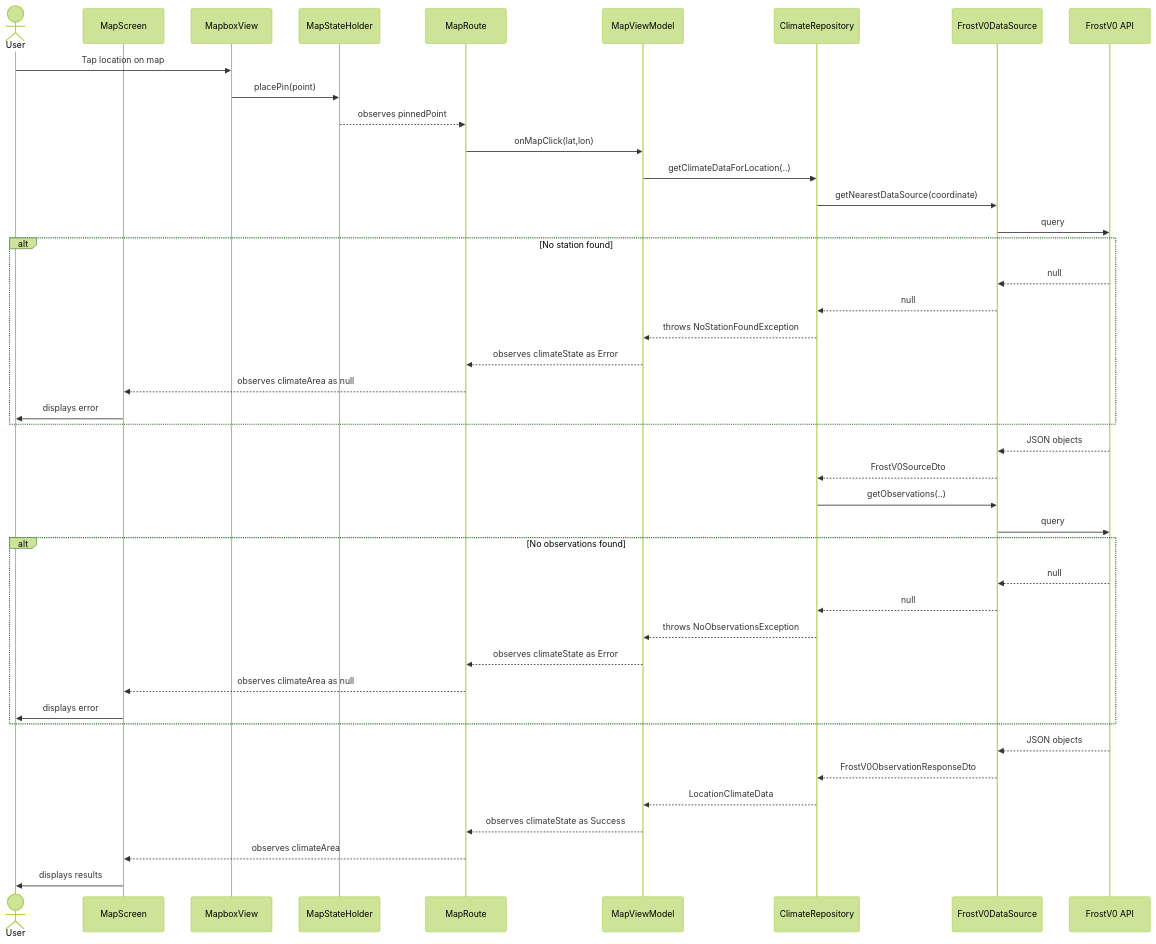
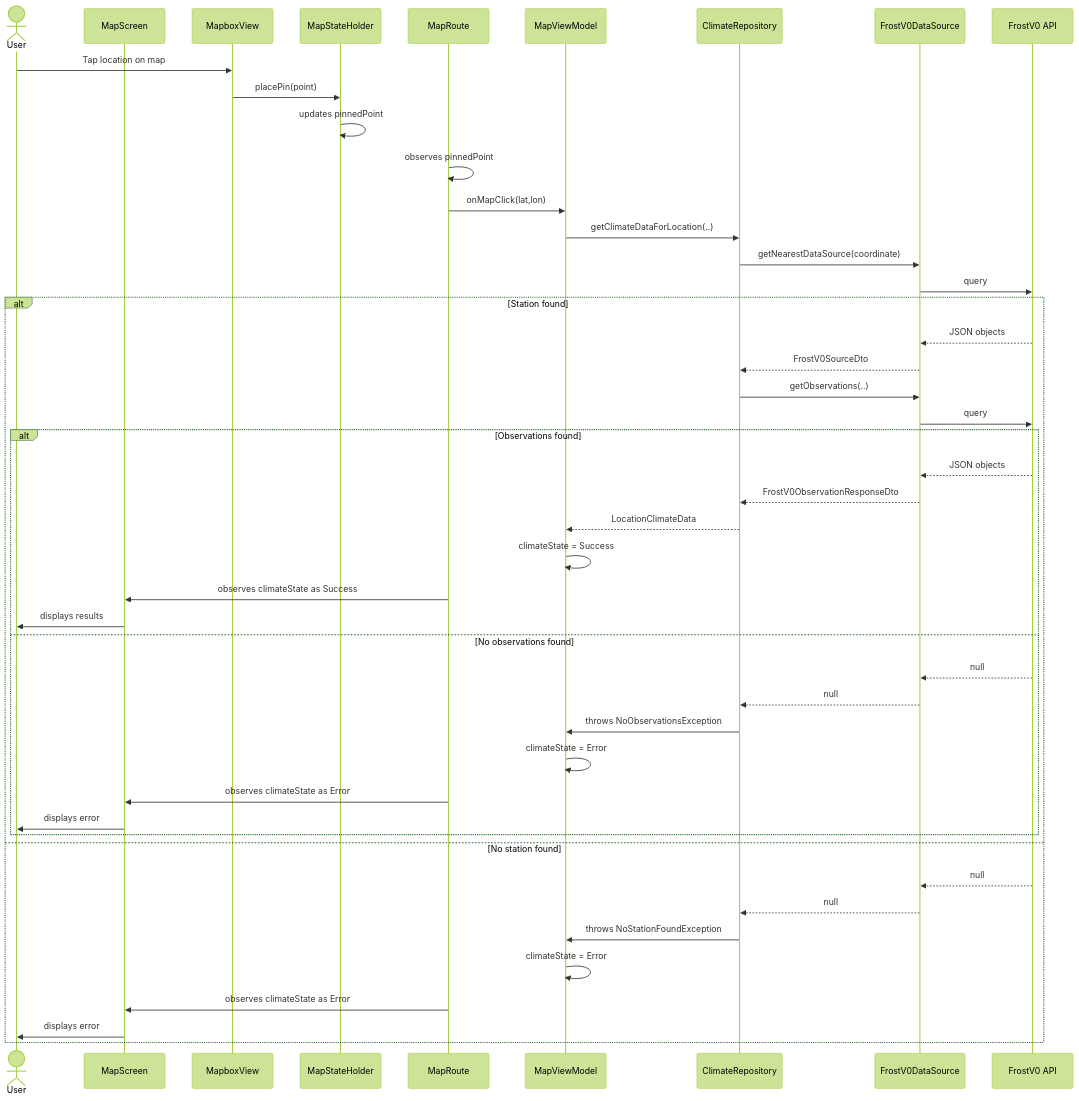
Before and after one commit to ajgrow/snowsense: the second of 7 diagrams in MODELING.md, drawn with Mermaid (forest theme). The commit also changed other lines of this file, not shown here.

````diff
--- a/MODELING.md
+++ b/MODELING.md
@@ -245,51 +240,55 @@
 ```mermaid
 sequenceDiagram
+
 actor User
 
 participant MS as MapScreen
 participant MV as MapboxView
 participant MSH as MapStateHolder
 participant MR as MapRoute
 participant MVM as MapViewModel
 participant CR as ClimateRepository
 participant FDS as FrostV0DataSource
 participant FAPI as FrostV0 API
 
 User ->> MV: Tap location on map
 MV ->> MSH: placePin(point)
-MSH -->> MR: observes pinnedPoint
+MSH ->> MSH: updates pinnedPoint
+MR ->> MR: observes pinnedPoint
 MR ->> MVM: onMapClick(lat,lon)
 MVM ->> CR: getClimateDataForLocation(..)
 CR ->> FDS: getNearestDataSource(coordinate)
 FDS ->> FAPI: query
 
-alt No station found
+alt Station found
+    FAPI-->>FDS: JSON objects
+    FDS-->>CR: FrostV0SourceDto
+    CR->>FDS: getObservations(..)
+    FDS->>FAPI: query
+
+    alt Observations found
+        FAPI-->>FDS: JSON objects
+        FDS-->>CR: FrostV0ObservationResponseDto
+        CR-->>MVM: LocationClimateData
+        MVM->>MVM: climateState = Success
+        MR->>MS: observes climateState as Success
+        MS->>User: displays results
+
+    else No observations found
+        FAPI-->>FDS: null
+        FDS-->>CR: null
+        CR->>MVM: throws NoObservationsException
+        MVM->>MVM: climateState = Error
+        MR->>MS: observes climateState as Error
+        MS->>User: displays error
+    end
+
+else No station found
     FAPI-->>FDS: null
     FDS-->>CR: null
-    CR-->>MVM: throws NoStationFoundException
-    MVM-->>MR: observes climateState as Error
-    MR-->>MS: observes climateArea as null
+    CR->>MVM: throws NoStationFoundException
+    MVM->>MVM: climateState = Error
+    MR->>MS: observes climateState as Error
     MS->>User: displays error
 end
-
-FAPI-->>FDS: JSON objects
-FDS-->>CR: FrostV0SourceDto
-CR->>FDS: getObservations(..)
-FDS->>FAPI: query
-
-alt No observations found
-    FAPI-->>FDS: null
-    FDS-->>CR: null
-    CR-->>MVM: throws NoObservationsException
-    MVM-->>MR: observes climateState as Error
-    MR-->>MS: observes climateArea as null
-    MS->>User: displays error
-end
-
-FAPI-->>FDS: JSON objects
-FDS-->>CR: FrostV0ObservationResponseDto
-CR-->>MVM: LocationClimateData
-MVM-->>MR: observes climateState as Success
-MR-->>MS: observes climateArea
-MS->>User: displays results
 ```
````
